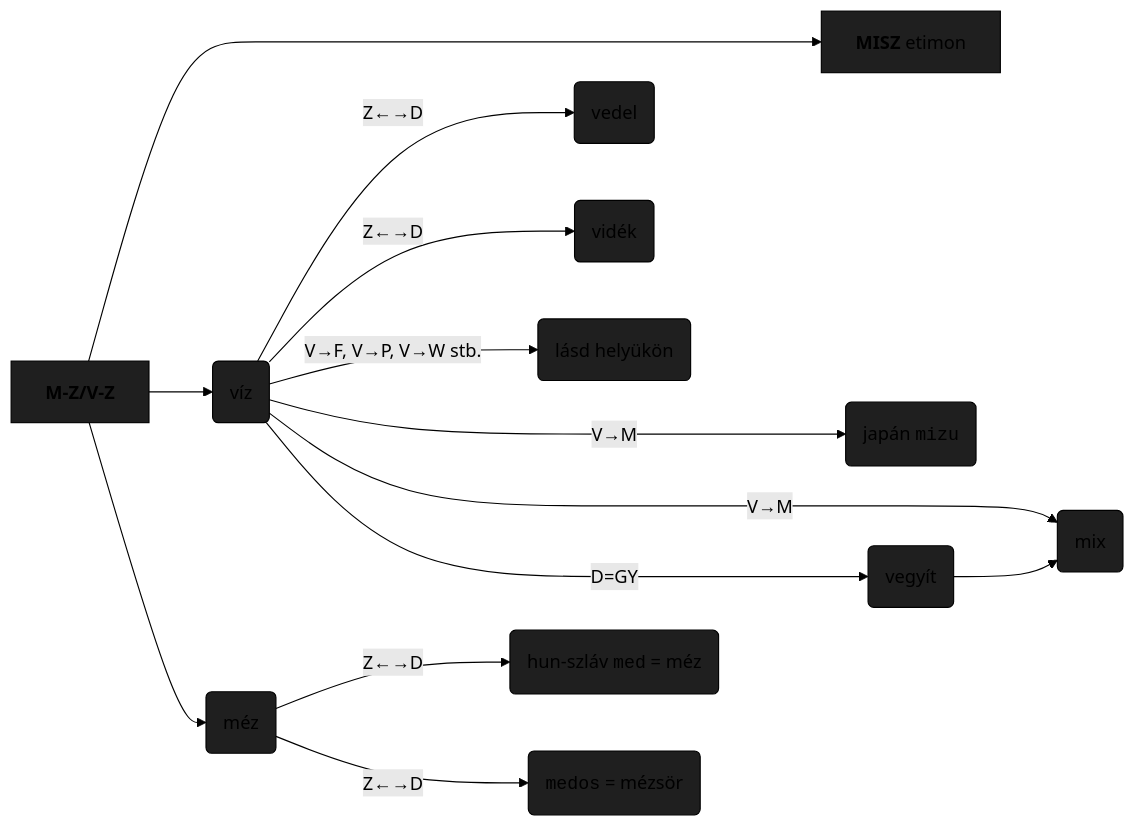
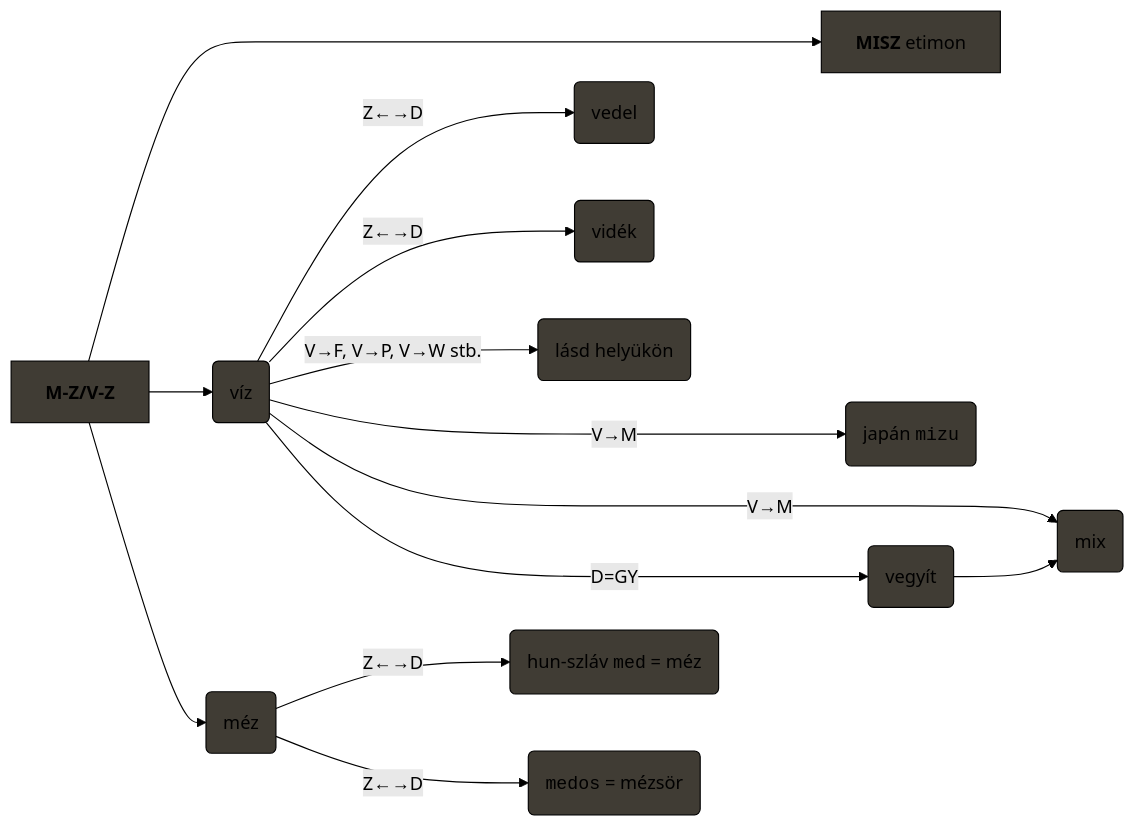
One commit to zanodor/TUDDASSTTARR changed the diagram in src/site/notes/M/Méz.md. Above: the diagram before and after it, drawn with Mermaid (forest theme).

Commit message:
Update content src/site/notes/M/Méz.md

````diff
--- a/src/site/notes/M/Méz.md
+++ b/src/site/notes/M/Méz.md
@@ -15,27 +15,25 @@
 ```mermaid
-
-
 flowchart LR
 head["<b>M-Z/V-Z</b>"]
 lvl2_0["<b>MISZ</b> etimon"]
 lvl2_a("víz")
 lvl2_b("méz")
 lvl3_a("vedel")
 lvl3_b("vidék")
 lvl3_c("hun-szláv <code>med</code> = méz")
 lvl3_d("<code>medos</code> = mézsör")
 
 head ----> lvl2_0
 head --> lvl2_a & lvl2_b
 lvl2_a -- "Z←→D" -->  lvl3_a & lvl3_b
 lvl2_a -- "V→F, V→P, V→W stb." -->  lvl3_x("lásd helyükön")
 lvl2_b -- "Z←→D" -->  lvl3_c & lvl3_d
 lvl2_a -- "V→M" ---> lvl3_e("japán <code>mizu</code>")
 lvl2_a -- "V→M" ---> lvl3_f("mix")
 lvl2_a -- "D=GY" ---> lvl3_g("vegyít")
 lvl3_g --> lvl3_f
 
-classDef fillStyle fill:#1f1f1f,stroke:#000000,stroke-width:1px,stroke-dasharray: 0;
+classDef fillStyle fill:#403c34,stroke:#000000,stroke-width:1px,stroke-dasharray: 0;
 class head,lvl2_0,lvl2_a,lvl2_b,lvl3_a,lvl3_b,lvl3_c,lvl3_d,lvl3_e,lvl3_f,lvl3_g,lvl3_x fillStyle;
 class lvl2_a,lvl2_b,lvl3_a,lvl3_b,lvl3_f internal-link;
 ```
````
